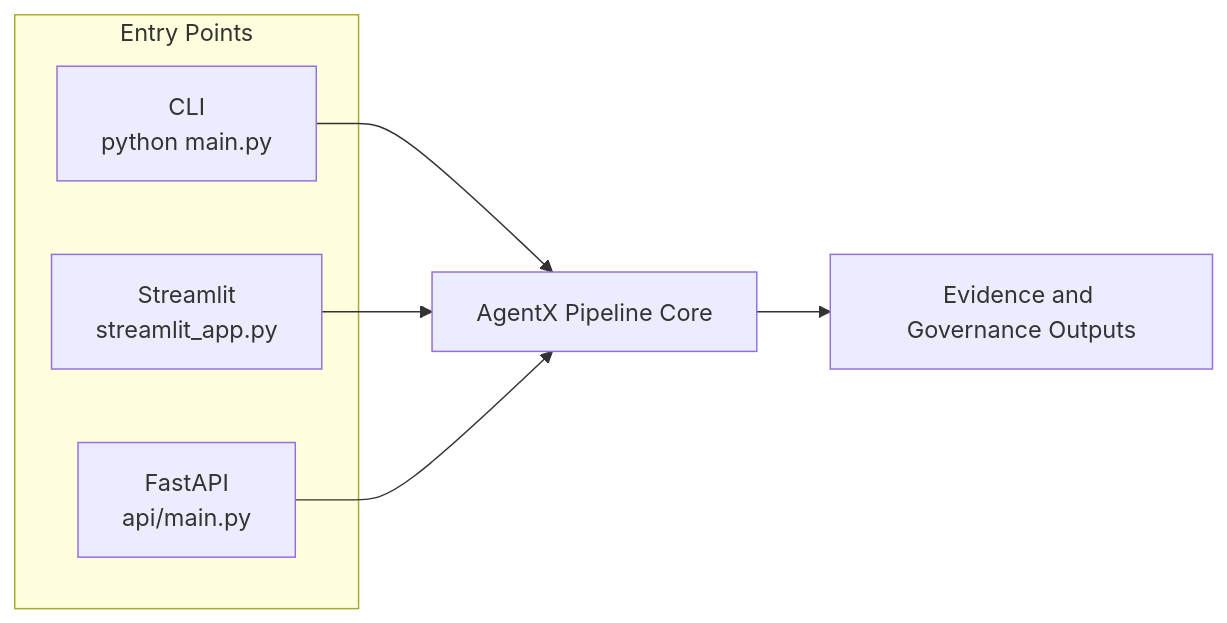
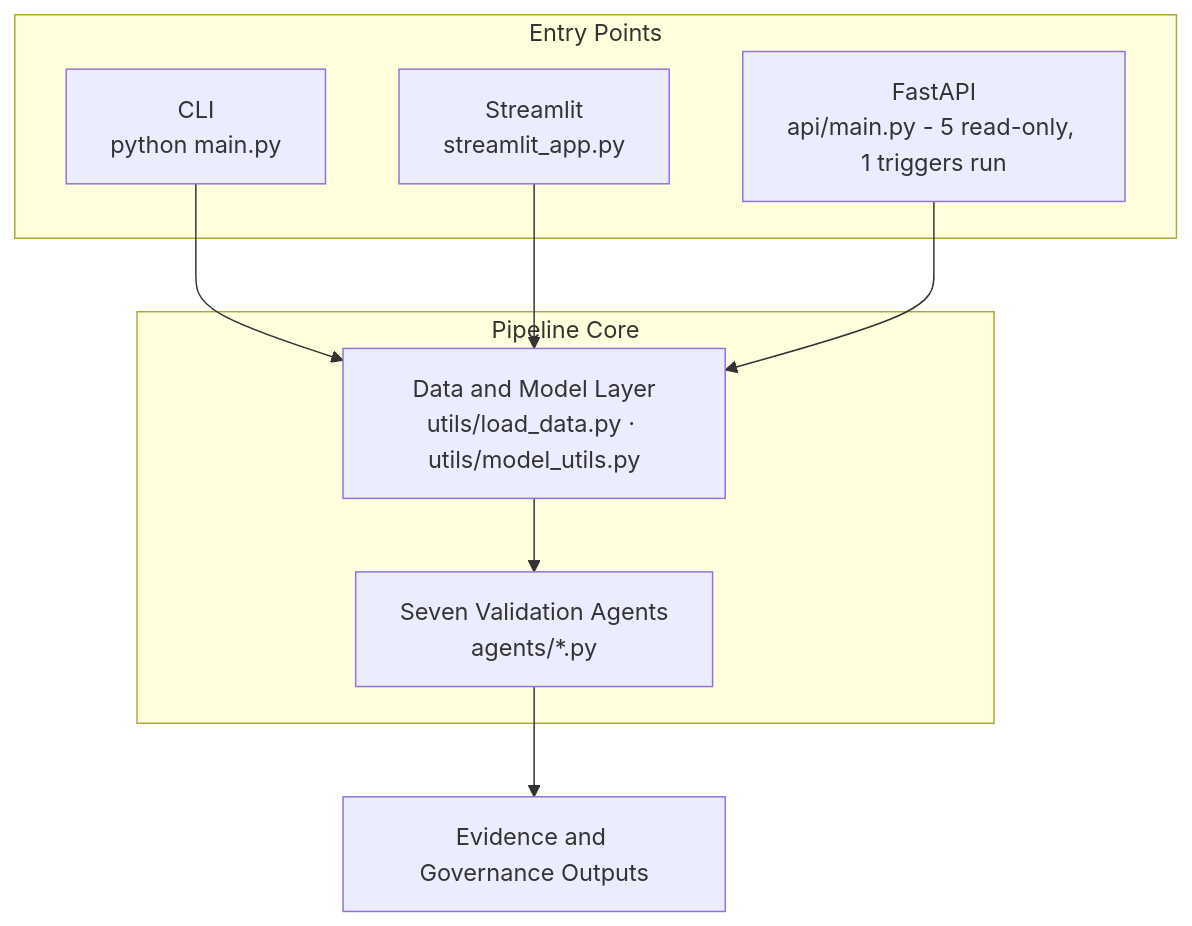
Before and after one commit to IjazKakkodDS/agentx-risk-validation-system: the diagram in docs/architecture/source/03_service_interface_architecture.mmd, drawn with Mermaid. The commit also changed 9 other files, not shown here.

Commit message:
docs: enrich architecture narrative diagrams

```diff
--- a/docs/architecture/source/03_service_interface_architecture.mmd
+++ b/docs/architecture/source/03_service_interface_architecture.mmd
@@ -1,10 +1,15 @@
-flowchart LR
+flowchart TB
     subgraph EntryPoints[Entry Points]
         A["CLI<br/>python main.py"]
         B["Streamlit<br/>streamlit_app.py"]
-        C["FastAPI<br/>api/main.py"]
+        C["FastAPI<br/>api/main.py - 5 read-only, 1 triggers run"]
     end
-    A --> D[AgentX Pipeline Core]
+    subgraph PipelineCore[Pipeline Core]
+        D["Data and Model Layer<br/>utils/load_data.py · utils/model_utils.py"]
+        E["Seven Validation Agents<br/>agents/*.py"]
+        D --> E
+    end
+    A --> D
     B --> D
     C --> D
-    D --> E[Evidence and Governance Outputs]
+    E --> F[Evidence and Governance Outputs]
```
